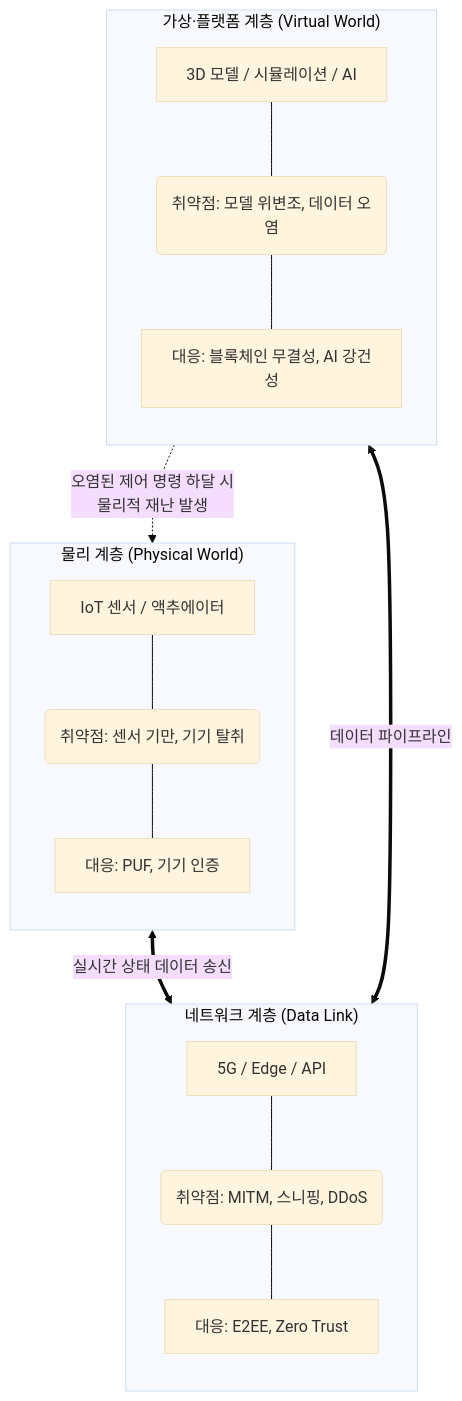
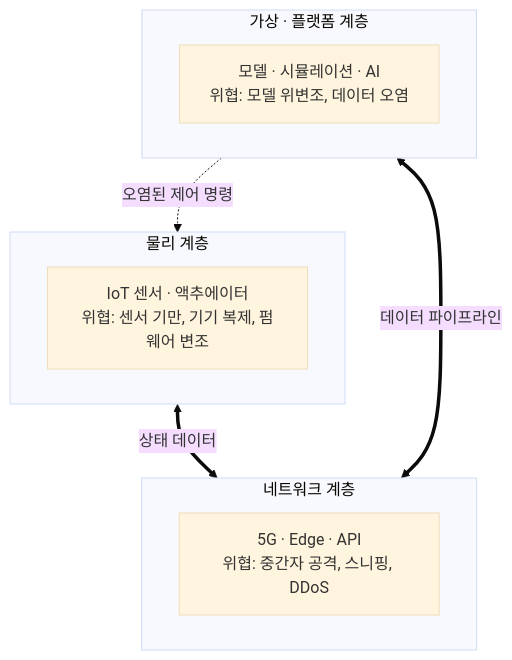
Before and after one commit to supremethumb/supremethumb.github.io: the diagram in content/01_IT Tech/디지털 트윈의 보안 취약점 및 대응방안.md, drawn with Mermaid (base theme). The commit also changed other lines of this file and 1087 other files, not shown here.

````diff
--- a/content/01_IT Tech/디지털 트윈의 보안 취약점 및 대응방안.md
+++ b/content/01_IT Tech/디지털 트윈의 보안 취약점 및 대응방안.md
@@ -27,31 +32,15 @@
 ```mermaid
 flowchart TB
-    subgraph Physical ["물리 계층 (Physical World)"]
-        direction TB
-        IoT["IoT 센서 / 액추에이터"]
-        V1("취약점: 센서 기만, 기기 탈취")
-        D1["대응: PUF, 기기 인증"]
-        IoT --- V1 --- D1
+    subgraph PHY["물리 계층"]
+        P["IoT 센서 · 액추에이터<br/>위협: 센서 기만, 기기 복제, 펌웨어 변조"]
     end
-
-    subgraph Network ["네트워크 계층 (Data Link)"]
-        direction TB
-        Comm["5G / Edge / API"]
-        V2("취약점: MITM, 스니핑, DDoS")
-        D2["대응: E2EE, Zero Trust"]
-        Comm --- V2 --- D2
+    subgraph NET["네트워크 계층"]
+        N["5G · Edge · API<br/>위협: 중간자 공격, 스니핑, DDoS"]
     end
-
-    subgraph Virtual ["가상·플랫폼 계층 (Virtual World)"]
-        direction TB
-        Twin["3D 모델 / 시뮬레이션 / AI"]
-        V3("취약점: 모델 위변조, 데이터 오염")
-        D3["대응: 블록체인 무결성, AI 강건성"]
-        Twin --- V3 --- D3
+    subgraph VIR["가상 · 플랫폼 계층"]
+        V["모델 · 시뮬레이션 · AI<br/>위협: 모델 위변조, 데이터 오염"]
     end
-
-    Physical <== "실시간 상태 데이터 송신" ==> Network
-    Network <== "데이터 파이프라인" ==> Virtual
-    Virtual -. "오염된 제어 명령 하달 시<br/>물리적 재난 발생" .-> Physical
-
+    PHY <==>|"상태 데이터"| NET
+    NET <==>|"데이터 파이프라인"| VIR
+    VIR -.->|"오염된 제어 명령"| PHY
 ```
````
